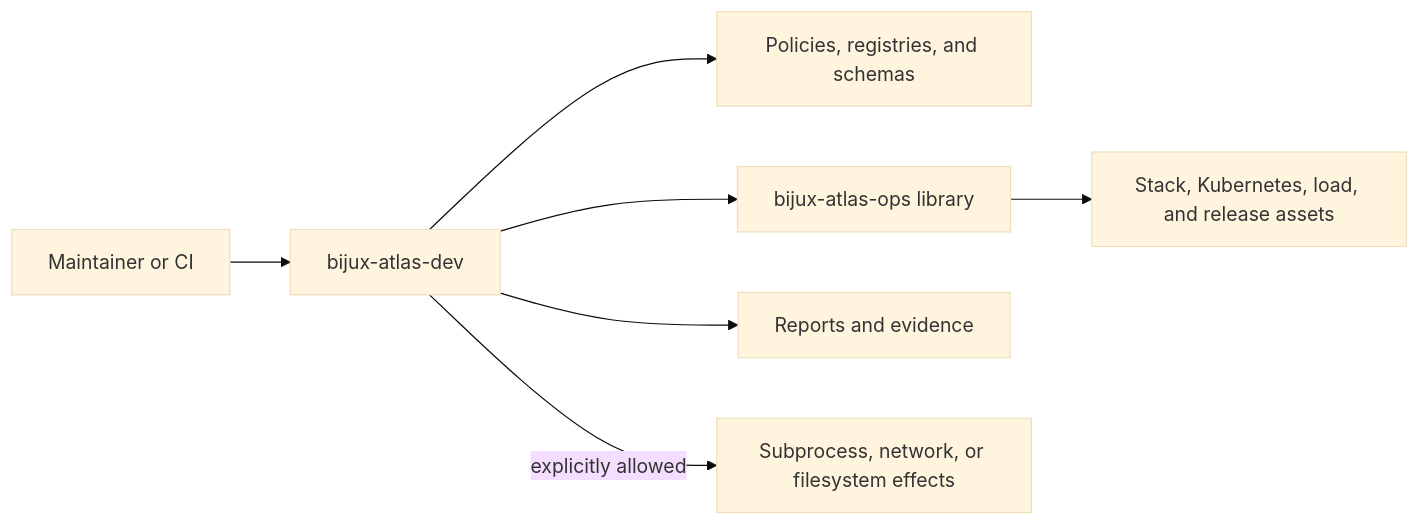
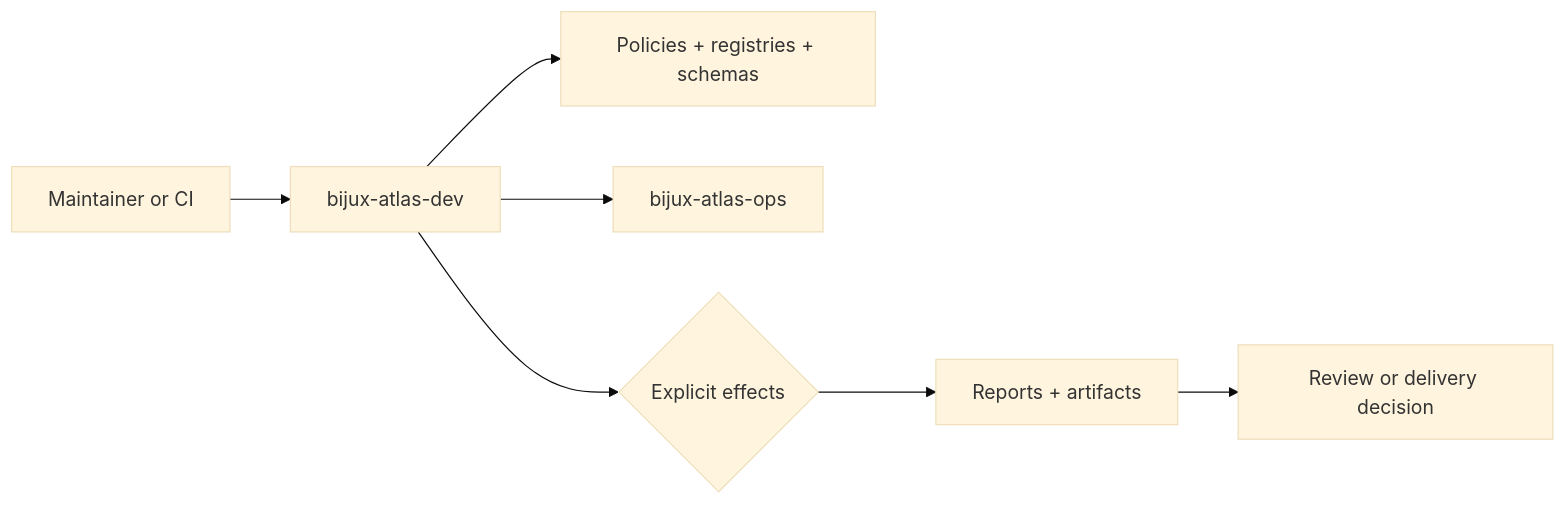
The first of 2 diagrams in crates/bijux-atlas-dev/README.md (bijux/bijux-atlas), drawn with Mermaid (base theme) before and after one commit. The commit also changed other lines of this file and 1 other file, not shown here.

````diff
--- a/crates/bijux-atlas-dev/README.md
+++ b/crates/bijux-atlas-dev/README.md
@@ -21,9 +17,9 @@
 ```mermaid
 flowchart LR
-    U["Maintainer or CI"] --> D["bijux-atlas-dev"]
-    D --> P["Policies, registries, and schemas"]
-    D --> O["bijux-atlas-ops library"]
-    D --> R["Reports and evidence"]
-    O --> S["Stack, Kubernetes, load, and release assets"]
-    D -->|explicitly allowed| X["Subprocess, network, or filesystem effects"]
+    Caller[Maintainer or CI] --> Dev[bijux-atlas-dev]
+    Dev --> Contracts[Policies + registries + schemas]
+    Dev --> Ops[bijux-atlas-ops]
+    Dev --> Effects{Explicit effects}
+    Effects --> Reports[Reports + artifacts]
+    Reports --> Decision[Review or delivery decision]
 ```
````
